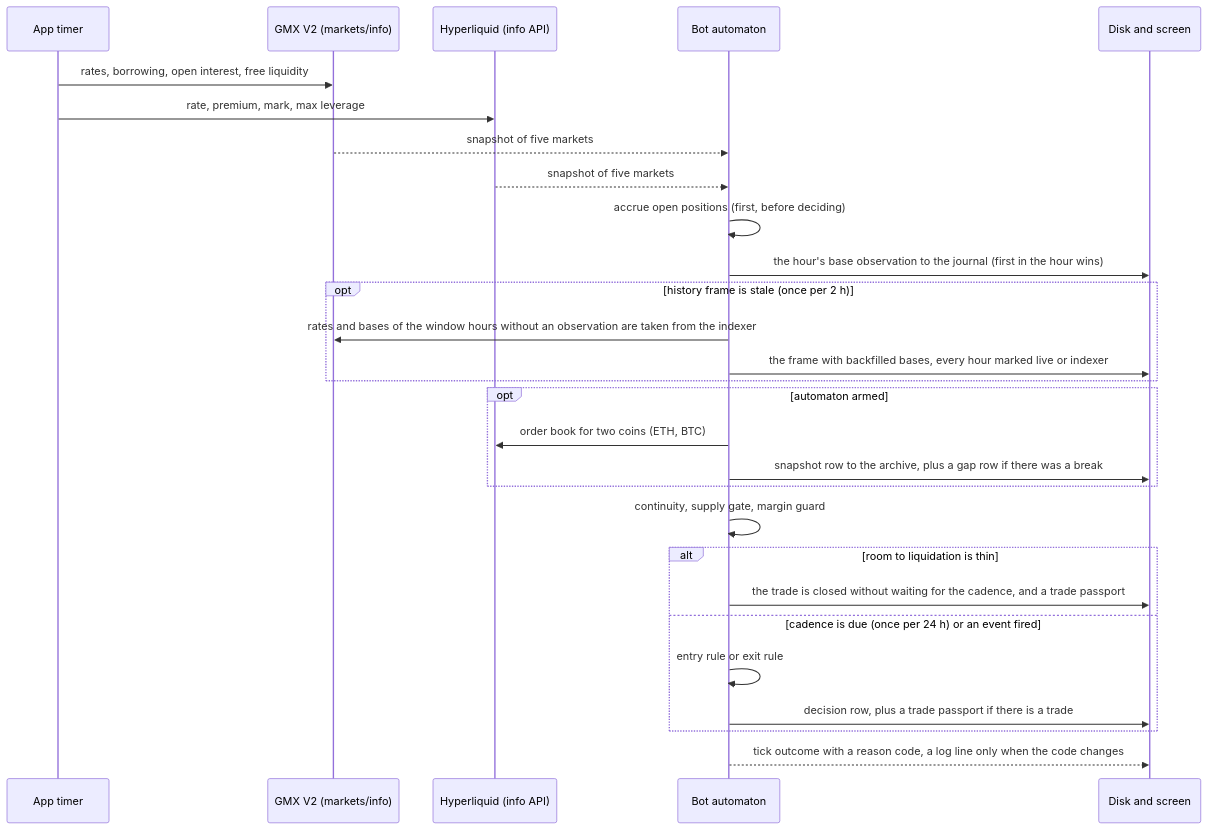
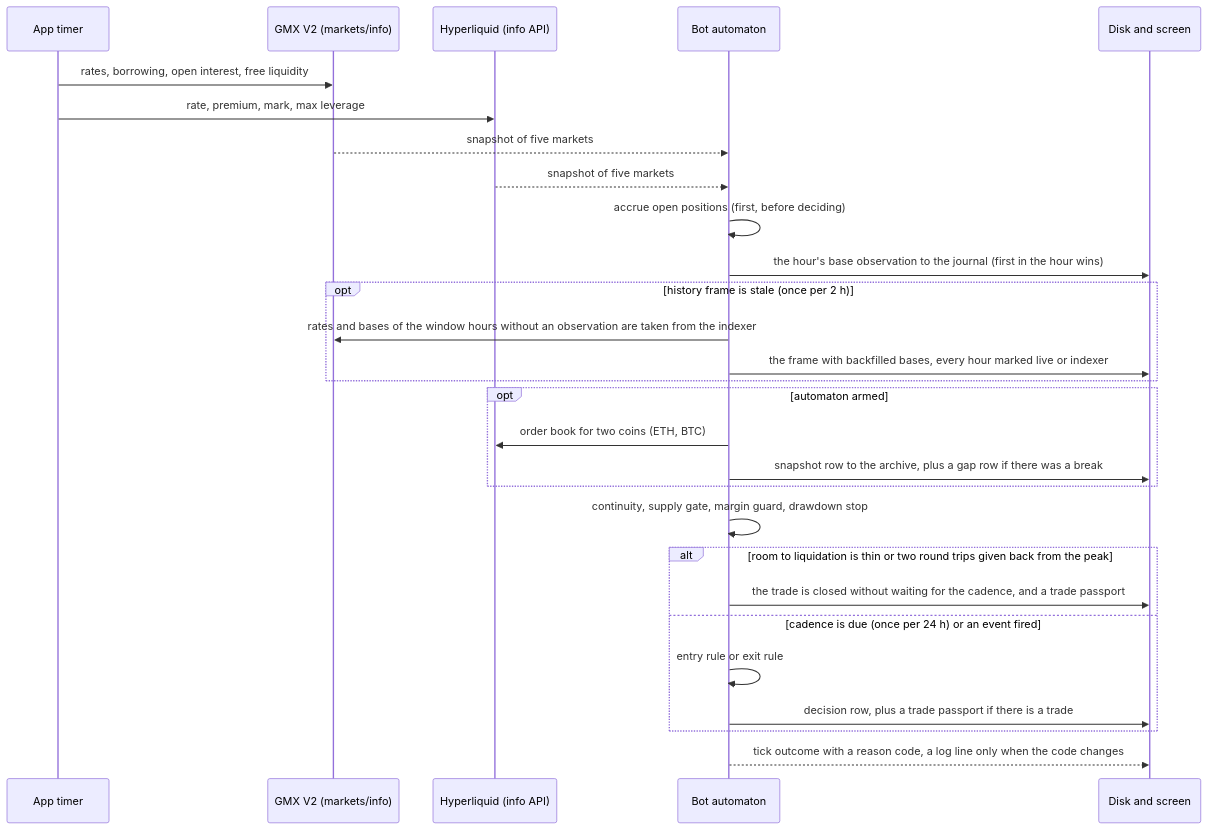
One commit to hamiltonalex/botLab changed the second of 6 diagrams in botLab-desktop/docs/bot1-funding-arb-how-it-works.en.md. Above: the diagram before and after it, drawn with Mermaid. The commit also changed other lines of this file and 13 other files, not shown here.

Commit message:
feat(funding-arb): сторож просадки у автомата бота 1: закрытие при отдаче двух кругов от пика накопленного (замер З6), код drawdown_stop в реестрах, вердикт на карточке честности и в тикете, коды сторожей законны в паспорте сделки, документация ru/en

````diff
--- a/botLab-desktop/docs/bot1-funding-arb-how-it-works.en.md
+++ b/botLab-desktop/docs/bot1-funding-arb-how-it-works.en.md
@@ -105,30 +106,30 @@
 ```mermaid
 sequenceDiagram
     participant T as App timer
     participant G as GMX V2 (markets/info)
     participant H as Hyperliquid (info API)
     participant E as Bot automaton
     participant D as Disk and screen
     T->>G: rates, borrowing, open interest, free liquidity
     T->>H: rate, premium, mark, max leverage
     G-->>E: snapshot of five markets
     H-->>E: snapshot of five markets
     E->>E: accrue open positions (first, before deciding)
     E->>D: the hour's base observation to the journal (first in the hour wins)
     opt history frame is stale (once per 2 h)
         E->>G: rates and bases of the window hours without an observation are taken from the indexer
         E->>D: the frame with backfilled bases, every hour marked live or indexer
     end
     opt automaton armed
         E->>H: order book for two coins (ETH, BTC)
         E->>D: snapshot row to the archive, plus a gap row if there was a break
     end
-    E->>E: continuity, supply gate, margin guard
-    alt room to liquidation is thin
+    E->>E: continuity, supply gate, margin guard, drawdown stop
+    alt room to liquidation is thin or two round trips given back from the peak
         E->>D: the trade is closed without waiting for the cadence, and a trade passport
     else cadence is due (once per 24 h) or an event fired
         E->>E: entry rule or exit rule
         E->>D: decision row, plus a trade passport if there is a trade
     end
     E-->>D: tick outcome with a reason code, a log line only when the code changes
 ```
````
